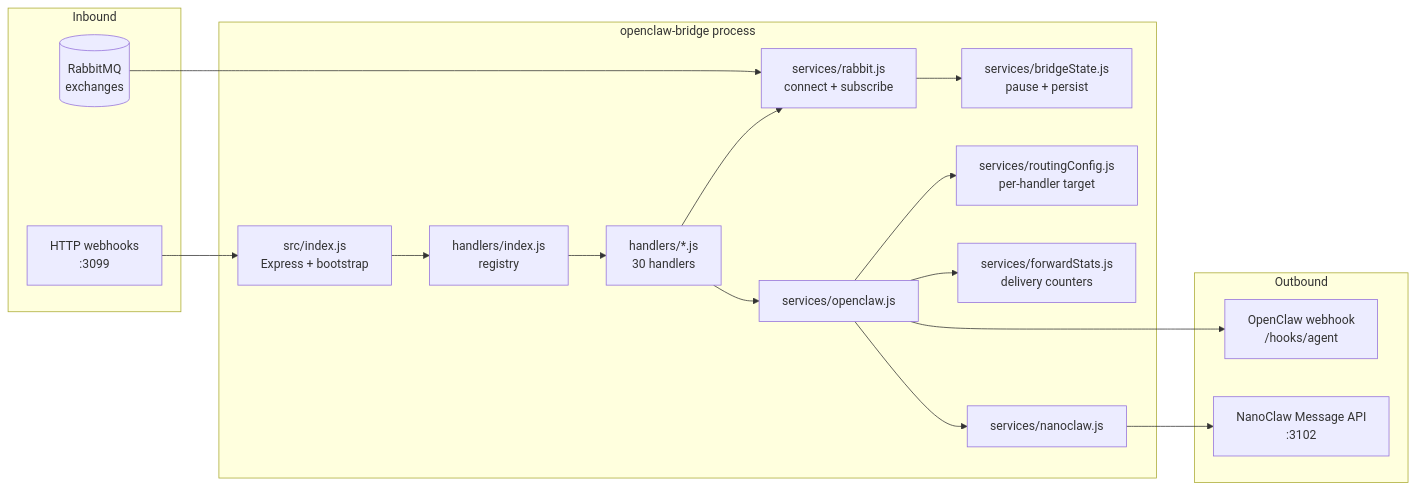
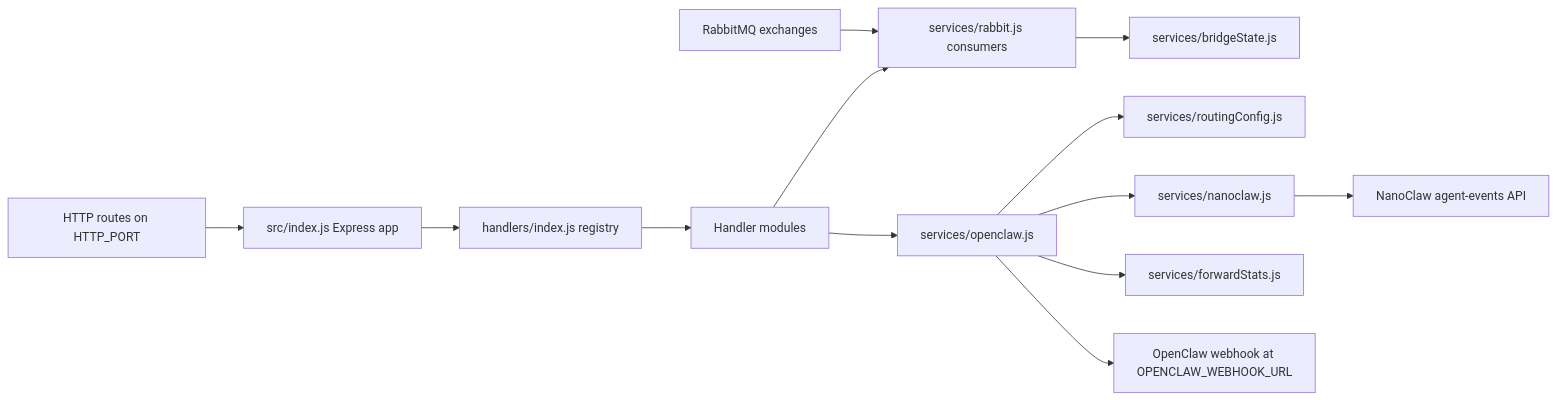
Before and after one commit to Jeffrey-Keyser/project-wiki: the diagram in content/repos/Jeffrey-Keyser-openclaw-bridge/Architecture.md, drawn with Mermaid. The commit also changed other lines of this file and 150 other files, not shown here.

````diff
--- a/content/repos/Jeffrey-Keyser-openclaw-bridge/Architecture.md
+++ b/content/repos/Jeffrey-Keyser-openclaw-bridge/Architecture.md
@@ -12,36 +12,28 @@
 ```mermaid
 flowchart LR
-  subgraph Inbound
-    RMQ[(RabbitMQ\nexchanges)]
-    HTTP[HTTP webhooks\n:3099]
-  end
-
-  subgraph Bridge[openclaw-bridge process]
-    IDX[src/index.js\nExpress + bootstrap]
-    REG[handlers/index.js\nregistry]
-    HND[handlers/*.js\n30 handlers]
-    RAB[services/rabbit.js\nconnect + subscribe]
-    STATE[services/bridgeState.js\npause + persist]
-    ROUTE[services/routingConfig.js\nper-handler target]
-    FWD[services/forwardStats.js\ndelivery counters]
-    OC[services/openclaw.js]
-    NC[services/nanoclaw.js]
-  end
-
-  subgraph Outbound
-    OCWH[OpenClaw webhook\n/hooks/agent]
-    NCAPI[NanoClaw Message API\n:3102]
-  end
-
+  RMQ["RabbitMQ exchanges"]
+  HTTP["HTTP routes on HTTP_PORT"]
+  IDX["src/index.js Express app"]
+  REG["handlers/index.js registry"]
+  HND["Handler modules"]
+  RAB["services/rabbit.js consumers"]
+  STATE["services/bridgeState.js"]
+  ROUTE["services/routingConfig.js"]
+  OC["services/openclaw.js"]
+  NC["services/nanoclaw.js"]
+  FWD["services/forwardStats.js"]
+  OCWH["OpenClaw webhook at OPENCLAW_WEBHOOK_URL"]
+  NCAPI["NanoClaw agent-events API"]
   RMQ --> RAB
   HTTP --> IDX
-  IDX --> REG --> HND
+  IDX --> REG
+  REG --> HND
   HND --> RAB
   RAB --> STATE
   HND --> OC
   OC --> ROUTE
-  OC --> NC
   OC --> FWD
   OC --> OCWH
+  OC --> NC
   NC --> NCAPI
 ```
````
